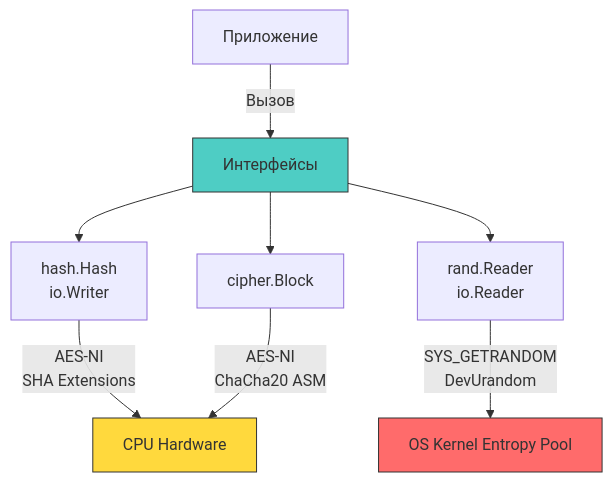
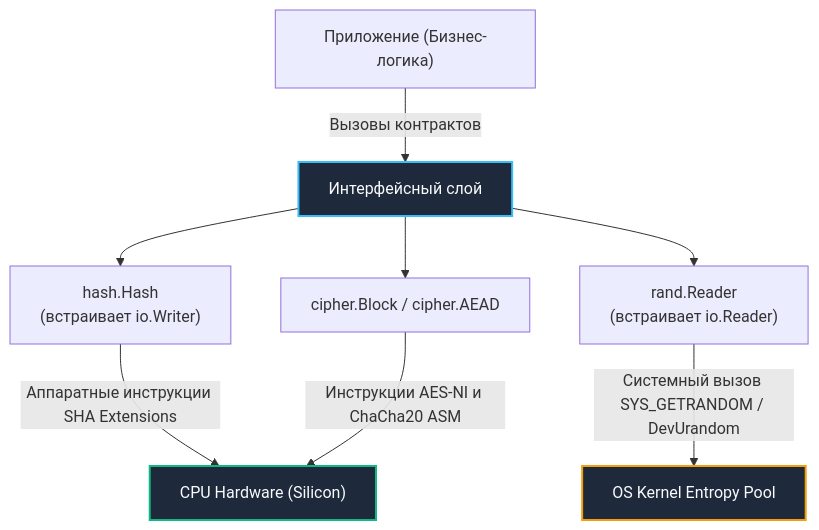
Before and after one commit to UnrealTemplier/go-textbook: the diagram in sources/17. Безопасность (AppSec в Go)/03. Криптография/4. Работа с crypto пакетом Go.md, drawn with Mermaid. The commit also changed other lines of this file, not shown here.

````diff
--- a/sources/17. Безопасность (AppSec в Go)/03. Криптография/4. Работа с crypto пакетом Go.md
+++ b/sources/17. Безопасность (AppSec в Go)/03. Криптография/4. Работа с crypto пакетом Go.md
@@ -7,15 +18,16 @@
 ```mermaid
 flowchart TD
-    A["Приложение"] -->|"Вызов"| B["Интерфейсы"]
-    B --> C["hash.Hash<br>io.Writer"]
-    B --> D["cipher.Block"]
-    B --> E["rand.Reader<br>io.Reader"]
+    App["Приложение (Бизнес-логика)"] -->|"Вызовы контрактов"| Ifaces["Интерфейсный слой"]
     
-    C -->|"AES-NI<br>SHA Extensions"| F["CPU Hardware"]
-    D -->|"AES-NI<br>ChaCha20 ASM"| F
-    E -->|"SYS_GETRANDOM<br>DevUrandom"| G["OS Kernel Entropy Pool"]
+    Ifaces --> H["hash.Hash<br/>(встраивает io.Writer)"]
+    Ifaces --> B["cipher.Block / cipher.AEAD"]
+    Ifaces --> R["rand.Reader<br/>(встраивает io.Reader)"]
     
-    style B fill:#4ecdc4,stroke:#333
-    style F fill:#ffd93d,stroke:#333
-    style G fill:#ff6b6b,stroke:#333
+    H -->|"Аппаратные инструкции SHA Extensions"| CPU["CPU Hardware (Silicon)"]
+    B -->|"Инструкции AES-NI и ChaCha20 ASM"| CPU
+    R -->|"Системный вызов SYS_GETRANDOM / DevUrandom"| Kernel["OS Kernel Entropy Pool"]
+
+    style Ifaces fill:#1e293b,stroke:#38bdf8,stroke-width:2px,color:#f8fafc
+    style CPU fill:#1e293b,stroke:#10b981,stroke-width:2px,color:#f8fafc
+    style Kernel fill:#1e293b,stroke:#f59e0b,stroke-width:2px,color:#f8fafc
 ```
````
